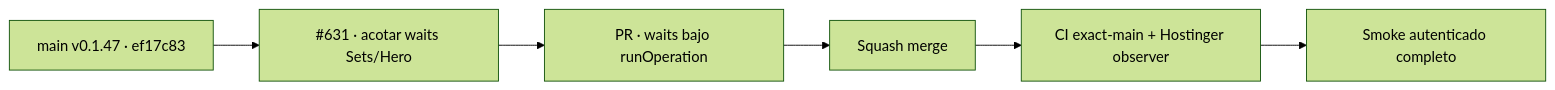
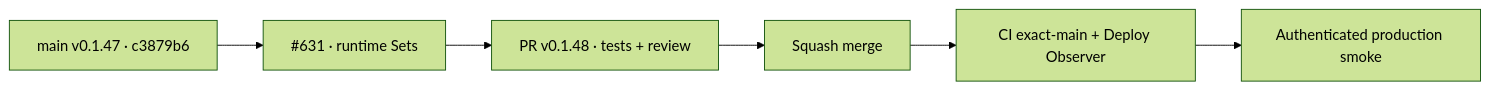
Before and after one commit to pl0n3r/brvtal: the diagram in README.md, drawn with Mermaid (forest theme). The commit also changed other lines of this file and 6 other files, not shown here.

````diff
--- a/README.md
+++ b/README.md
@@ -50,6 +50,6 @@
 ```mermaid
 flowchart LR
- B["main v0.1.47 · ef17c83"] --> F["#631 · acotar waits Sets/Hero"]
- F --> P["PR · waits bajo runOperation"] --> M["Squash merge"]
- M --> C["CI exact-main + Hostinger observer"] --> S["Smoke autenticado completo"]
+ B["main v0.1.47 · c3879b6"] --> F["#631 · runtime Sets"]
+ F --> P["PR v0.1.48 · tests + review"] --> M["Squash merge"]
+ M --> C["CI exact-main + Deploy Observer"] --> S["Authenticated production smoke"]
 ```
````
